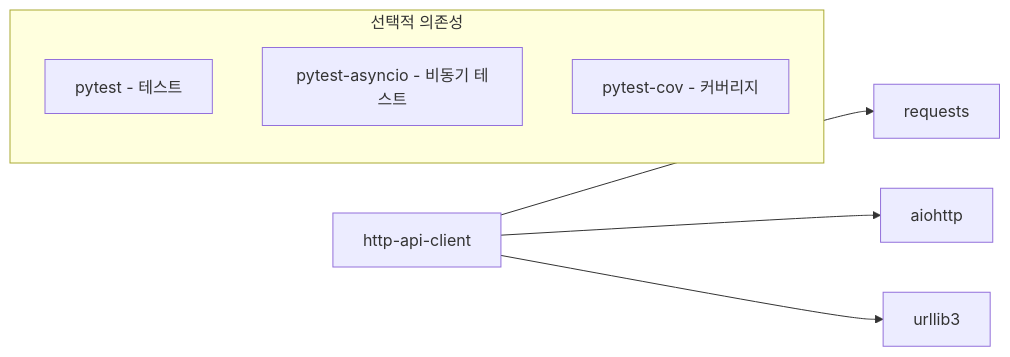
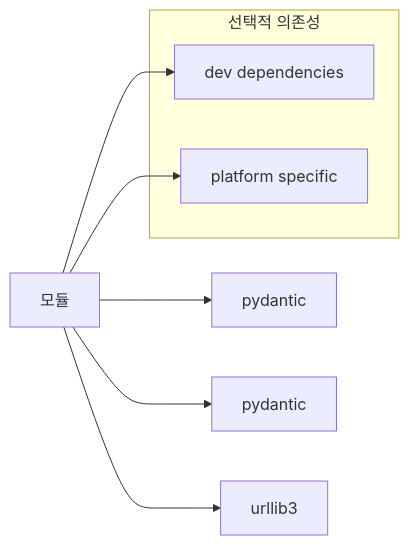
Before and after one commit to yeonjae-work/universal-modules: the second of 4 diagrams in packages/yeonjae-universal-http-api-client/docs/technical-specification.md, drawn with Mermaid. The commit also changed other lines of this file and 11 other files, not shown here.

````diff
--- a/packages/yeonjae-universal-http-api-client/docs/technical-specification.md
+++ b/packages/yeonjae-universal-http-api-client/docs/technical-specification.md
@@ -68,12 +50,13 @@
 ```mermaid
 graph LR
-    A[http-api-client] --> B[requests]
-    A --> C[aiohttp]
-    A --> D[urllib3]
+    A[모듈] --> B[pydantic]
+    A --> E[httpx]
+    A --> F[requests]
+    A --> G[pydantic]
+    A --> H[urllib3]
     
     subgraph "선택적 의존성"
-        E[pytest - 테스트]
-        F[pytest-asyncio - 비동기 테스트]
-        G[pytest-cov - 커버리지]
+        E[dev dependencies]
+        F[platform specific]
     end
 ```
````
